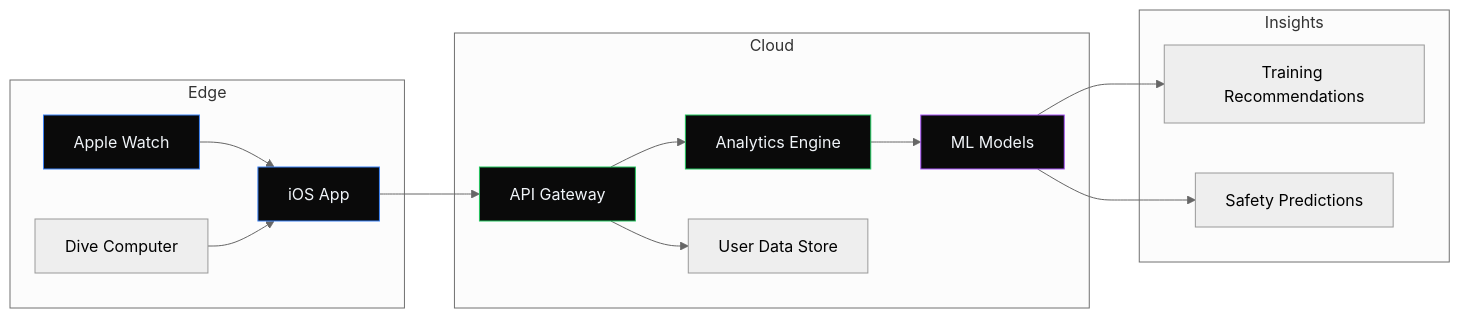
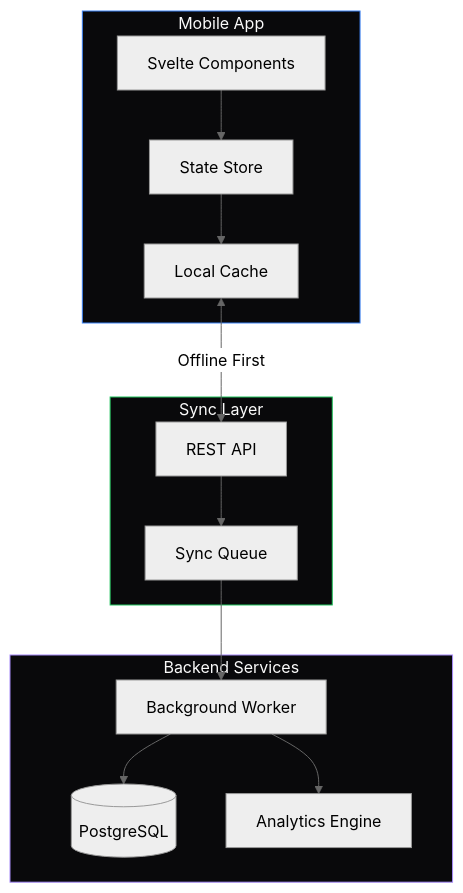
One commit to UlfBissbort/zef-vscode-extension changed the diagram in overdive2.zef.md. Above: the diagram before and after it, drawn with Mermaid (neutral theme). The commit also changed other lines of this file and 1 other file, not shown here.

````diff
--- a/overdive2.zef.md
+++ b/overdive2.zef.md
@@ -25,25 +1161,22 @@
 ```mermaid
-flowchart LR
-    subgraph Edge
-        A[Apple Watch] --> B[iOS App]
-        C[Dive Computer] --> B
+flowchart TB
+    subgraph Mobile["Mobile App"]
+        UI[Svelte Components] --> Store[State Store]
+        Store --> Cache[Local Cache]
     end
     
-    subgraph Cloud
-        B --> D[API Gateway]
-        D --> E[Analytics Engine]
-        D --> F[User Data Store]
-        E --> G[ML Models]
+    subgraph Sync["Sync Layer"]
+        Cache <-->|Offline First| API
+        API[REST API] --> Queue[Sync Queue]
     end
     
-    subgraph Insights
-        G --> H[Training Recommendations]
-        G --> I[Safety Predictions]
+    subgraph Backend["Backend Services"]
+        Queue --> Worker[Background Worker]
+        Worker --> DB[(PostgreSQL)]
+        Worker --> Analytics[Analytics Engine]
     end
     
-    style A fill:#0a0a0a,stroke:#3b82f6,color:#f1f5f9
-    style B fill:#0a0a0a,stroke:#3b82f6,color:#f1f5f9
-    style D fill:#0a0a0a,stroke:#22c55e,color:#f1f5f9
-    style E fill:#0a0a0a,stroke:#22c55e,color:#f1f5f9
-    style G fill:#0a0a0a,stroke:#a855f7,color:#f1f5f9
+    style Mobile fill:#09090b,stroke:#3b82f6,color:#fafafa
+    style Sync fill:#09090b,stroke:#22c55e,color:#fafafa
+    style Backend fill:#09090b,stroke:#a78bfa,color:#fafafa
 ```
````
